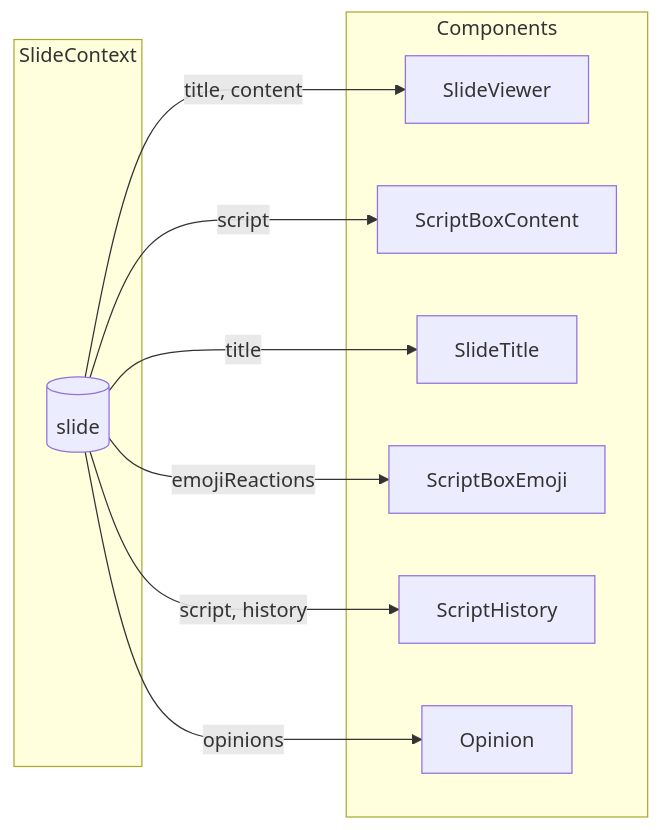
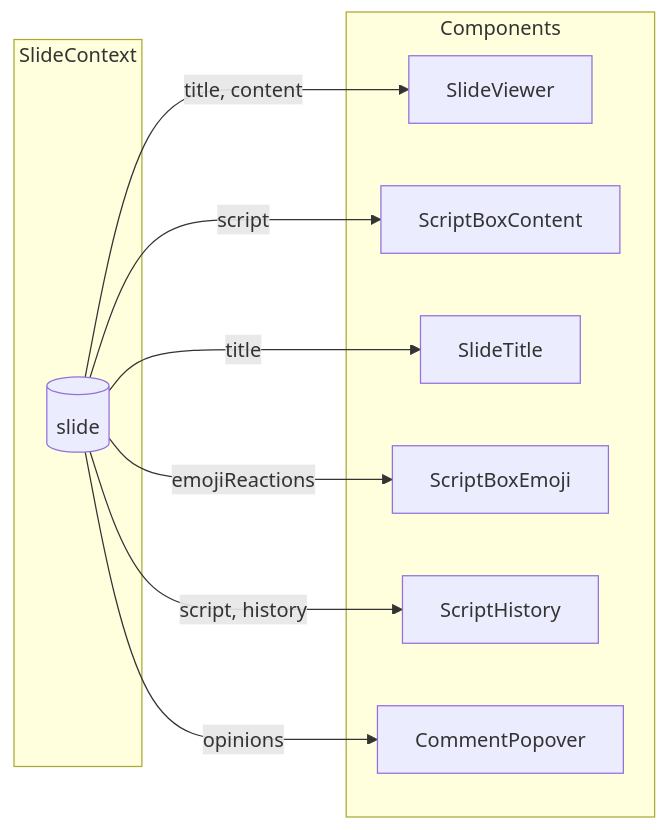
The second of 7 diagrams in docs/slide-data-flow-legacy.md (TTORANG/Web), drawn with Mermaid before and after one commit. The commit also changed other lines of this file and 8 other files, not shown here.

````diff
--- a/docs/slide-data-flow-legacy.md
+++ b/docs/slide-data-flow-legacy.md
@@ -59,22 +59,22 @@
 ```mermaid
 flowchart LR
     subgraph SlideContext
         SLIDE[(slide)]
     end
 
     subgraph Components
         SV[SlideViewer]
         SBC[ScriptBoxContent]
         STT[SlideTitle]
         SBE[ScriptBoxEmoji]
         SH[ScriptHistory]
-        OP[Opinion]
+        OP[CommentPopover]
     end
 
     SLIDE -->|title, content| SV
     SLIDE -->|script| SBC
     SLIDE -->|title| STT
     SLIDE -->|emojiReactions| SBE
     SLIDE -->|script, history| SH
     SLIDE -->|opinions| OP
 ```
````
